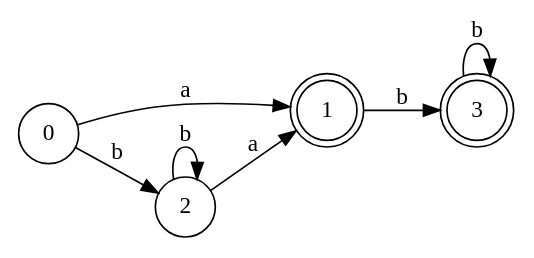
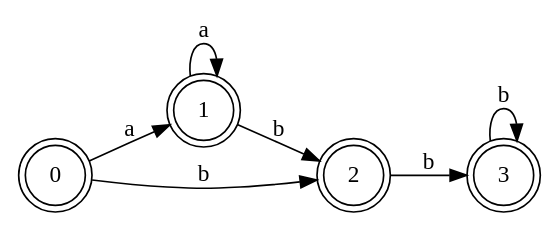
Before and after one commit to paulbelches/scannerAndParserGenerator: the diagram in afd.gv, drawn with Graphviz. The commit also changed 10 other files, not shown here.

```diff
--- a/afd.gv
+++ b/afd.gv
@@ -1,21 +1,25 @@
 digraph finite_state_machine {
 	rankdir=LR size="8,5"
 	node [shape=doublecircle]
+	0
+
 	1
+
+	2
 
 	3
 
 	node [shape=circle]
 	0 -> 1 [label=a
 ]
 	0 -> 2 [label=b
 ]
-	1 -> 3 [label=b
+	1 -> 1 [label=a
 ]
-	2 -> 1 [label=a
+	1 -> 2 [label=b
 ]
-	2 -> 2 [label=b
+	2 -> 3 [label=b
 ]
 	3 -> 3 [label=b
 ]
 }
```
